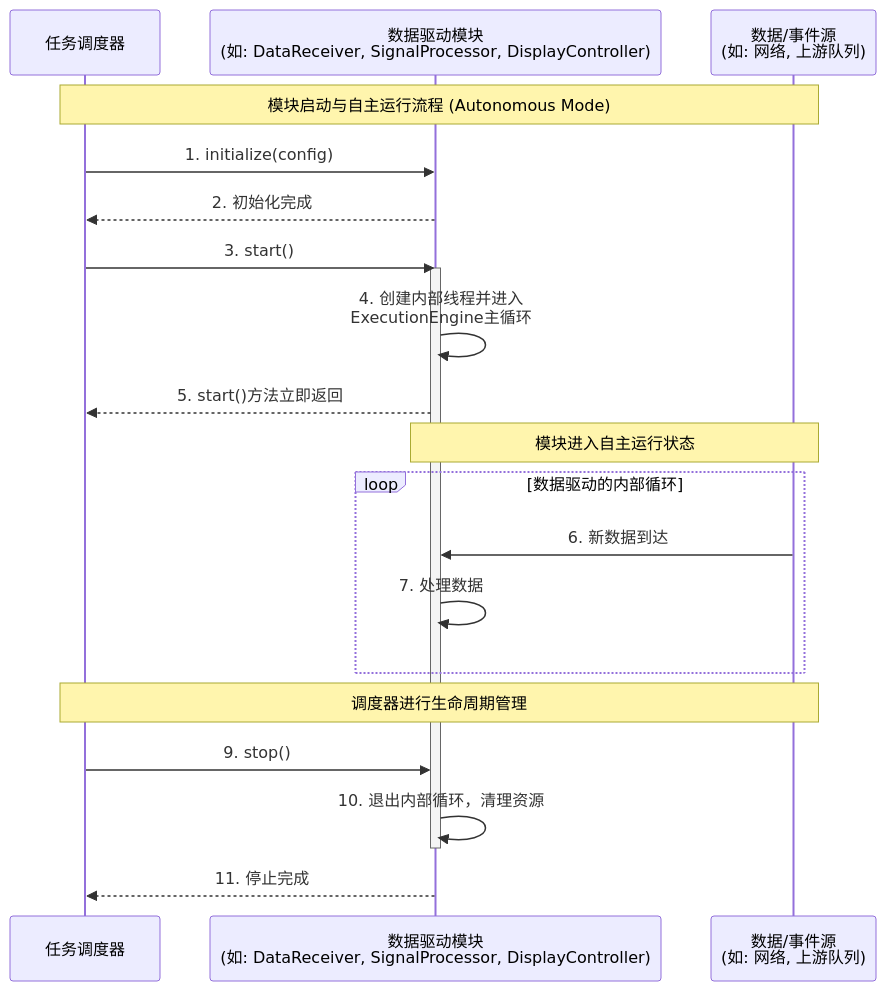
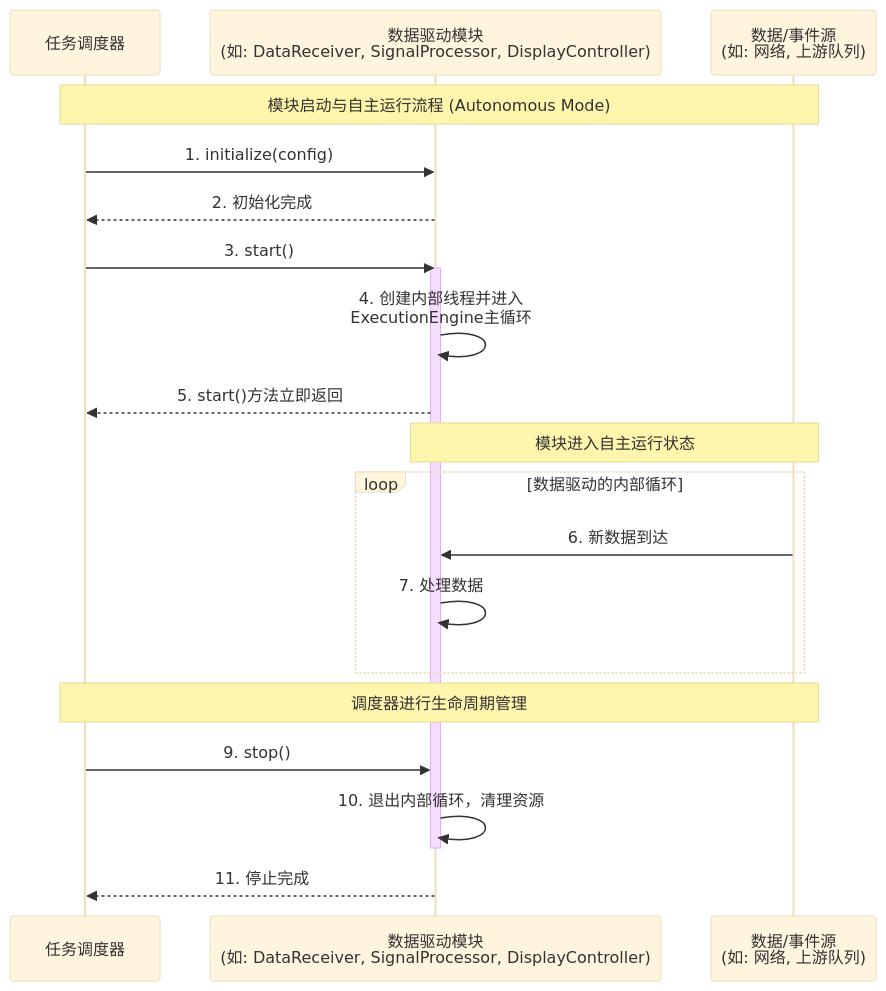
Before and after one commit to wendizhou99-cell/Radar: the eighth of 20 diagrams in docs/01_项目设计/02_模块设计/99_模块集成策略.md, drawn with Mermaid. The commit also changed other lines of this file and 26 other files, not shown here.

First line of the commit message:
docs: 完成数据架构文档系列重构和Mermaid可视化指南增强

````diff
--- a/docs/01_项目设计/02_模块设计/99_模块集成策略.md
+++ b/docs/01_项目设计/02_模块设计/99_模块集成策略.md
@@ -627,30 +766,34 @@
 ```mermaid
+---
+config:
+  theme: base
+---
 sequenceDiagram
     participant Scheduler as 任务调度器
     participant DataDrivenModule as 数据驱动模块<br/>(如: DataReceiver, SignalProcessor, DisplayController)
     participant EventSource as 数据/事件源<br/>(如: 网络, 上游队列)
 
     Note over Scheduler, EventSource: 模块启动与自主运行流程 (Autonomous Mode)
 
     Scheduler->>DataDrivenModule: 1. initialize(config)
     DataDrivenModule-->>Scheduler: 2. 初始化完成
 
     Scheduler->>DataDrivenModule: 3. start()
     activate DataDrivenModule
     DataDrivenModule->>DataDrivenModule: 4. 创建内部线程并进入<br/>ExecutionEngine主循环
     DataDrivenModule-->>Scheduler: 5. start()方法立即返回
 
     Note over DataDrivenModule, EventSource: 模块进入自主运行状态
 
     loop 数据驱动的内部循环
         EventSource->>DataDrivenModule: 6. 新数据到达
         DataDrivenModule->>DataDrivenModule: 7. 处理数据
     end
 
     Note over Scheduler, EventSource: 调度器进行生命周期管理
 
     Scheduler->>DataDrivenModule: 9. stop()
     DataDrivenModule->>DataDrivenModule: 10. 退出内部循环，清理资源
     deactivate DataDrivenModule
     DataDrivenModule-->>Scheduler: 11. 停止完成
 ```
````
